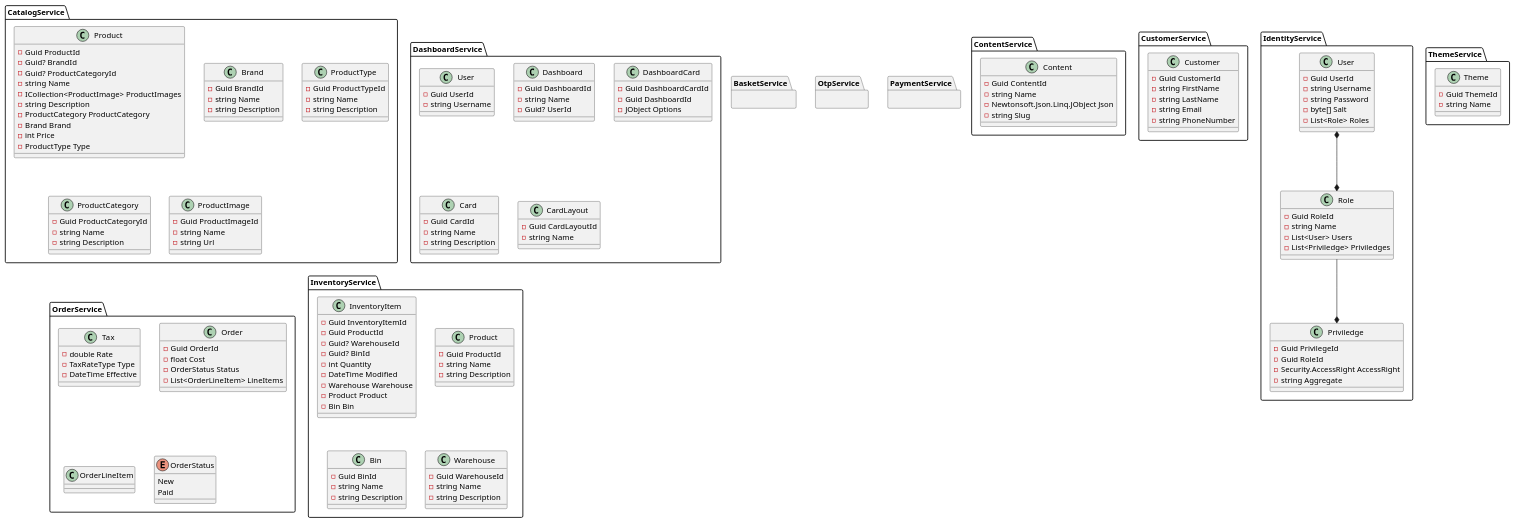
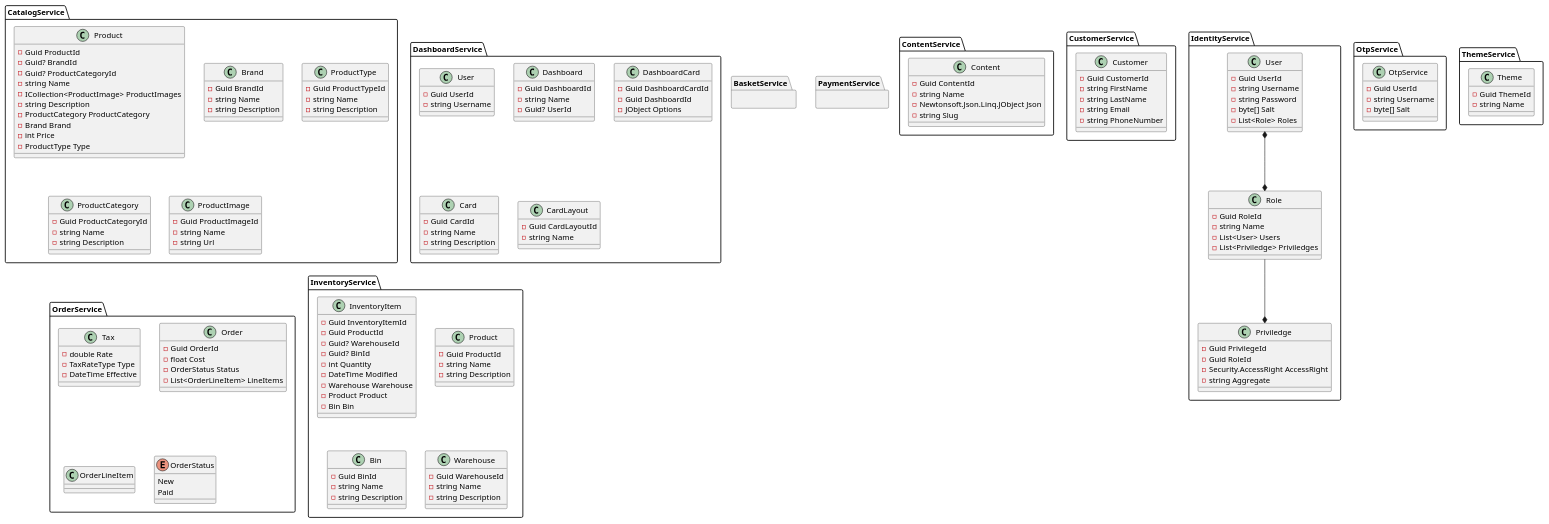
One commit to QuinntyneBrown/Huntress changed the diagram in documentation/model.plantuml. Above: the diagram before and after it, drawn with PlantUML. The commit also changed 25 other files, not shown here.

```diff
--- a/documentation/model.plantuml
+++ b/documentation/model.plantuml
@@ -129,6 +129,11 @@
 }
 
 package OtpService {
+	class OtpService {
+		-Guid UserId
+		-string Username
+		-byte[] Salt
+	}
 
 }
 
```
